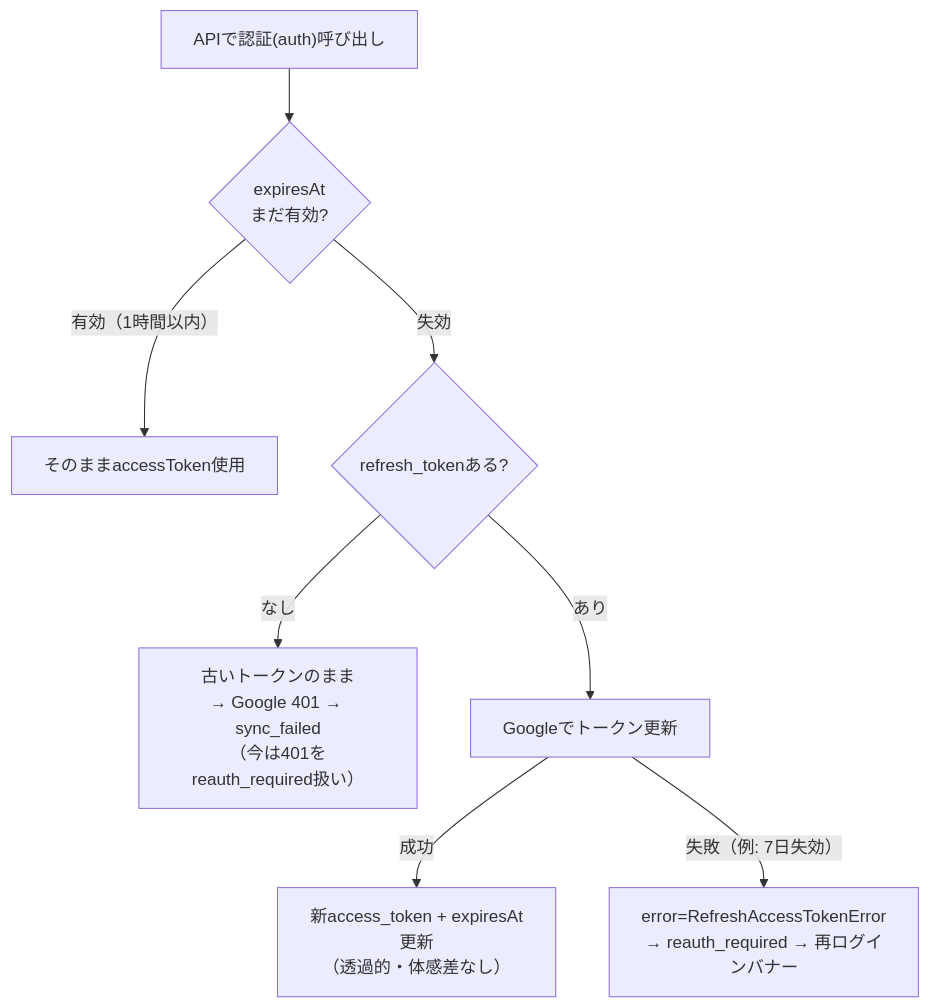
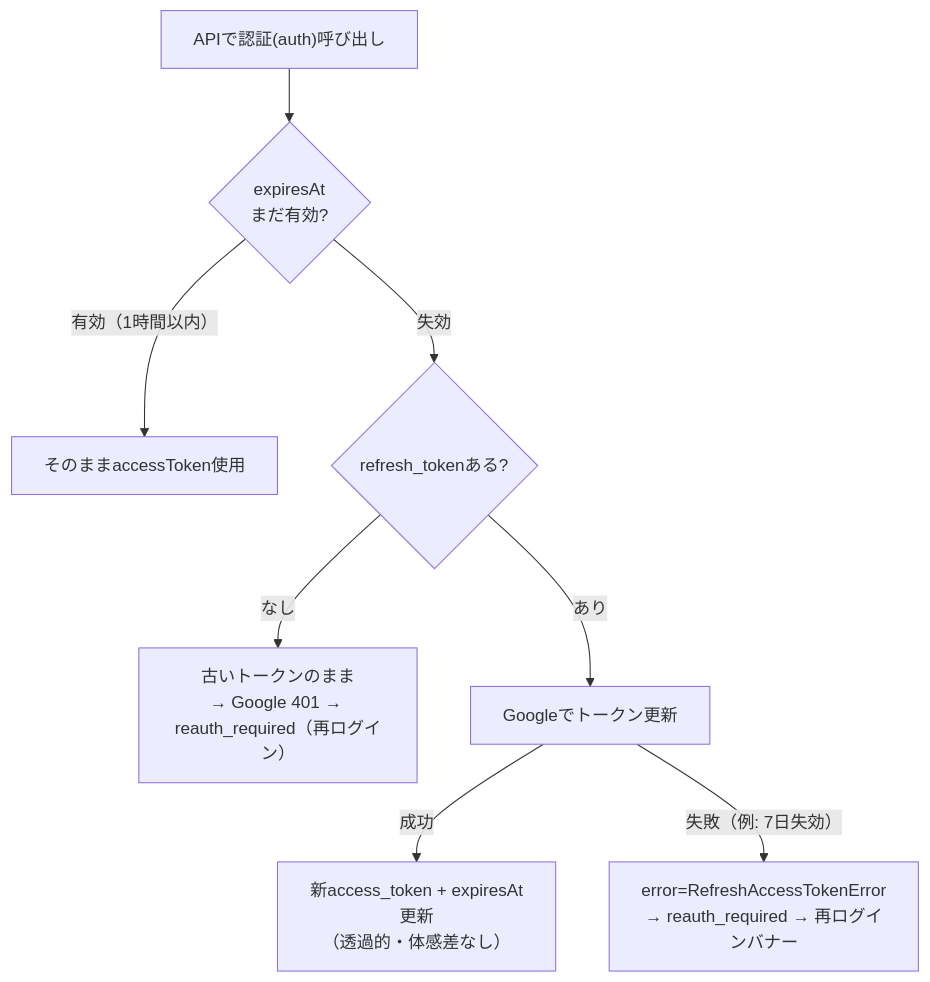
One commit to aaa-cloud-05/class-pilot changed the fifth of 9 diagrams in docs/data-flow-scenarios.md. Above: the diagram before and after it, drawn with Mermaid. The commit also changed other lines of this file, not shown here.

First line of the commit message:
docs: データフロー図鑑の誤りを修正

````diff
--- a/docs/data-flow-scenarios.md
+++ b/docs/data-flow-scenarios.md
@@ -142,10 +142,10 @@
 ```mermaid
 flowchart TD
   A["APIで認証(auth)呼び出し"] --> B{"expiresAt<br/>まだ有効?"}
   B -- "有効（1時間以内）" --> C["そのままaccessToken使用"]
   B -- "失効" --> D{"refresh_tokenある?"}
-  D -- "なし" --> E["古いトークンのまま<br/>→ Google 401 → sync_failed<br/>（今は401をreauth_required扱い）"]
+  D -- "なし" --> E["古いトークンのまま<br/>→ Google 401 → reauth_required（再ログイン）"]
   D -- "あり" --> F["Googleでトークン更新"]
   F -- "成功" --> G["新access_token + expiresAt更新<br/>（透過的・体感差なし）"]
   F -- "失敗（例: 7日失効）" --> H["error=RefreshAccessTokenError<br/>→ reauth_required → 再ログインバナー"]
 ```
````
